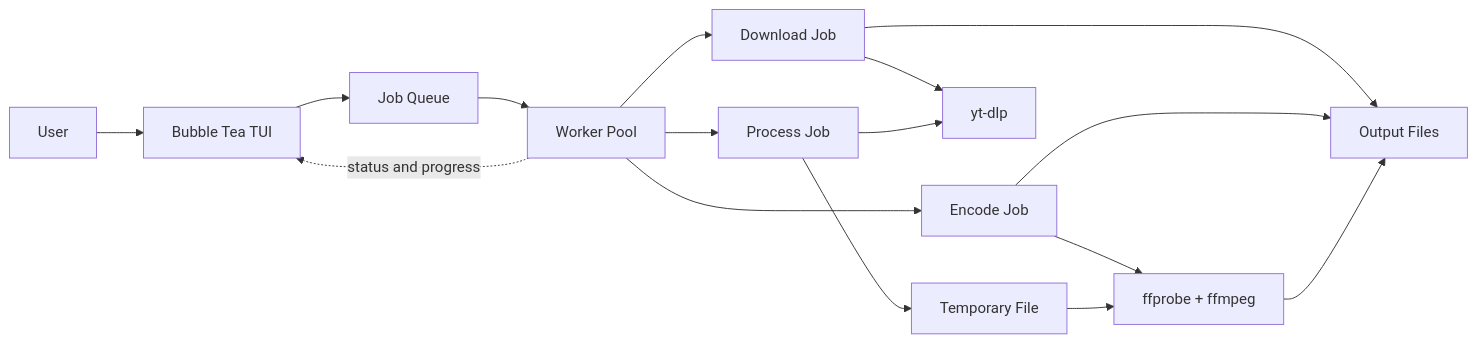
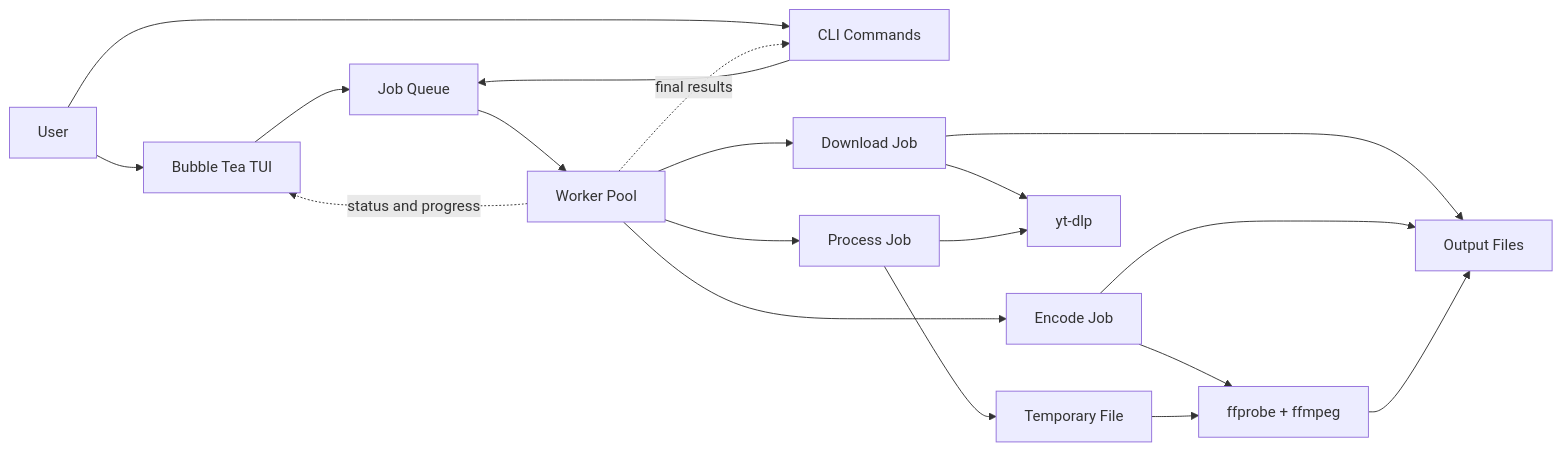
The diagram in README.md (kevinle-00/fornax), drawn with Mermaid before and after one commit. The commit also changed other lines of this file and 7 other files, not shown here.

Commit message:
feat(cli): restore non-interactive media commands

````diff
--- a/README.md
+++ b/README.md
@@ -66,22 +81,25 @@
 ```mermaid
 flowchart LR
     User[User] --> TUI[Bubble Tea TUI]
+    User --> CLI[CLI Commands]
     TUI --> Queue[Job Queue]
+    CLI --> Queue
     Queue --> Workers[Worker Pool]
 
     Workers --> Download[Download Job]
     Workers --> Encode[Encode Job]
     Workers --> Process[Process Job]
 
     Download --> YTDLP[yt-dlp]
     Encode --> FFmpeg[ffprobe + ffmpeg]
     Process --> YTDLP
     Process --> Temp[Temporary File]
     Temp --> FFmpeg
 
     Download --> Output[Output Files]
     Encode --> Output
     FFmpeg --> Output
 
     Workers -. status and progress .-> TUI
+    Workers -. final results .-> CLI
 ```
````
